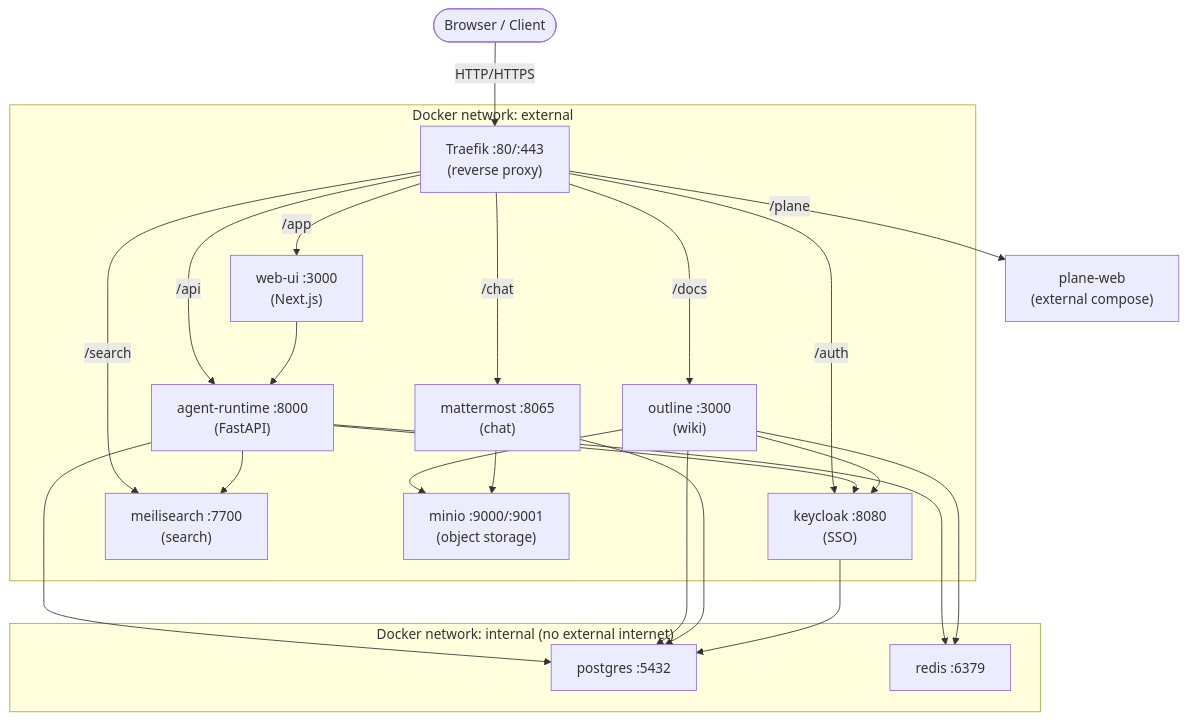
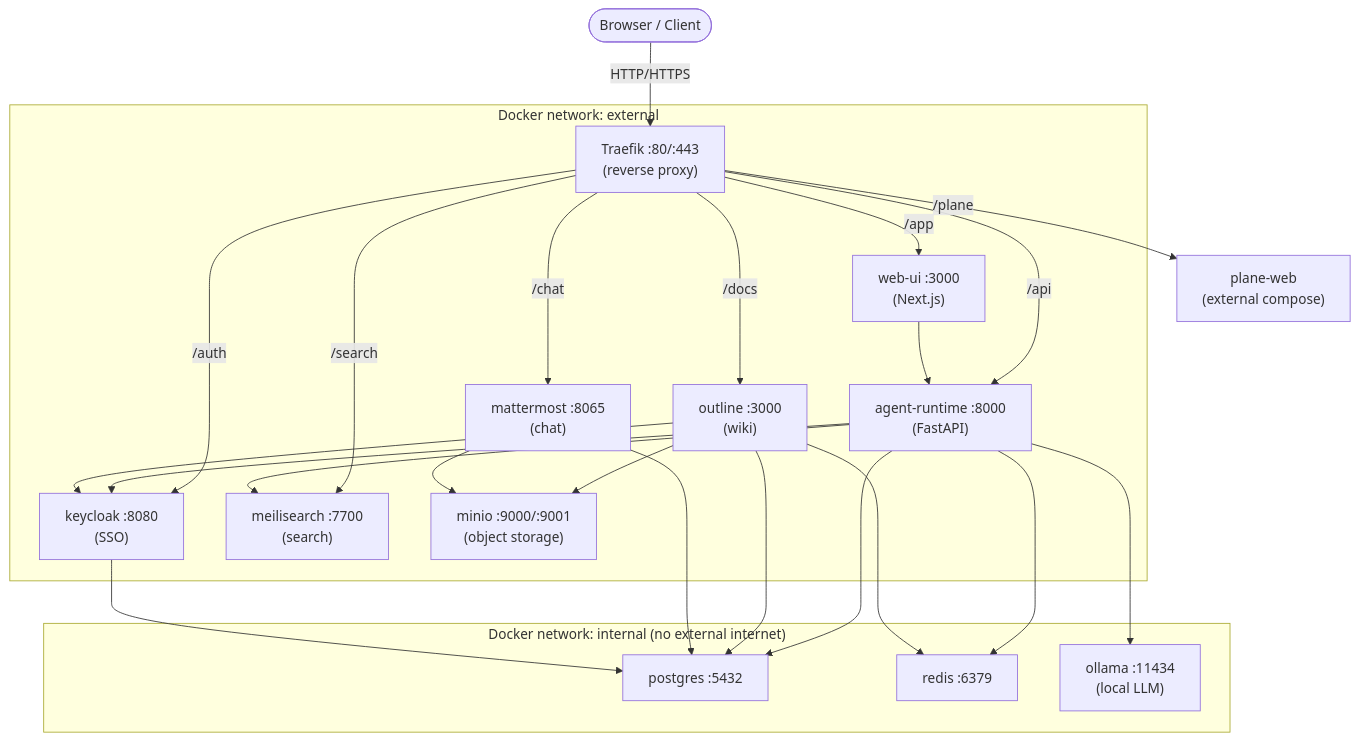
Before and after one commit to aaron777collins/agentcompany: the diagram in docs/architecture/infrastructure.md, drawn with Mermaid. The commit also changed other lines of this file and 20 other files, not shown here.

First line of the commit message:
Phase 2: Ollama integration, agent engine wiring, auth hardening

````diff
--- a/docs/architecture/infrastructure.md
+++ b/docs/architecture/infrastructure.md
@@ -14,50 +14,52 @@
 ```mermaid
 graph TD
     User([Browser / Client])
     Traefik["Traefik :80/:443\n(reverse proxy)"]
 
     subgraph external["Docker network: external"]
         Traefik
         WebUI["web-ui :3000\n(Next.js)"]
         AgentRuntime["agent-runtime :8000\n(FastAPI)"]
         Outline["outline :3000\n(wiki)"]
         Mattermost["mattermost :8065\n(chat)"]
         Keycloak["keycloak :8080\n(SSO)"]
         Meilisearch["meilisearch :7700\n(search)"]
         MinIO["minio :9000/:9001\n(object storage)"]
     end
 
     subgraph internal["Docker network: internal (no external internet)"]
         Postgres["postgres :5432"]
         Redis["redis :6379"]
         MinIO
         AgentRuntime
         Outline
         Mattermost
         Keycloak
         Meilisearch
         WebUI
+        Ollama["ollama :11434\n(local LLM)"]
     end
 
     User -->|HTTP/HTTPS| Traefik
     Traefik -->|/app| WebUI
     Traefik -->|/api| AgentRuntime
     Traefik -->|/docs| Outline
     Traefik -->|/chat| Mattermost
     Traefik -->|/auth| Keycloak
     Traefik -->|/search| Meilisearch
     Traefik -->|/plane| PlaneProxy["plane-web\n(external compose)"]
 
     WebUI --> AgentRuntime
     AgentRuntime --> Postgres
     AgentRuntime --> Redis
     AgentRuntime --> Meilisearch
     AgentRuntime --> Keycloak
+    AgentRuntime --> Ollama
     Outline --> Postgres
     Outline --> Redis
     Outline --> MinIO
     Outline --> Keycloak
     Mattermost --> Postgres
     Mattermost --> MinIO
     Keycloak --> Postgres
 ```
````
